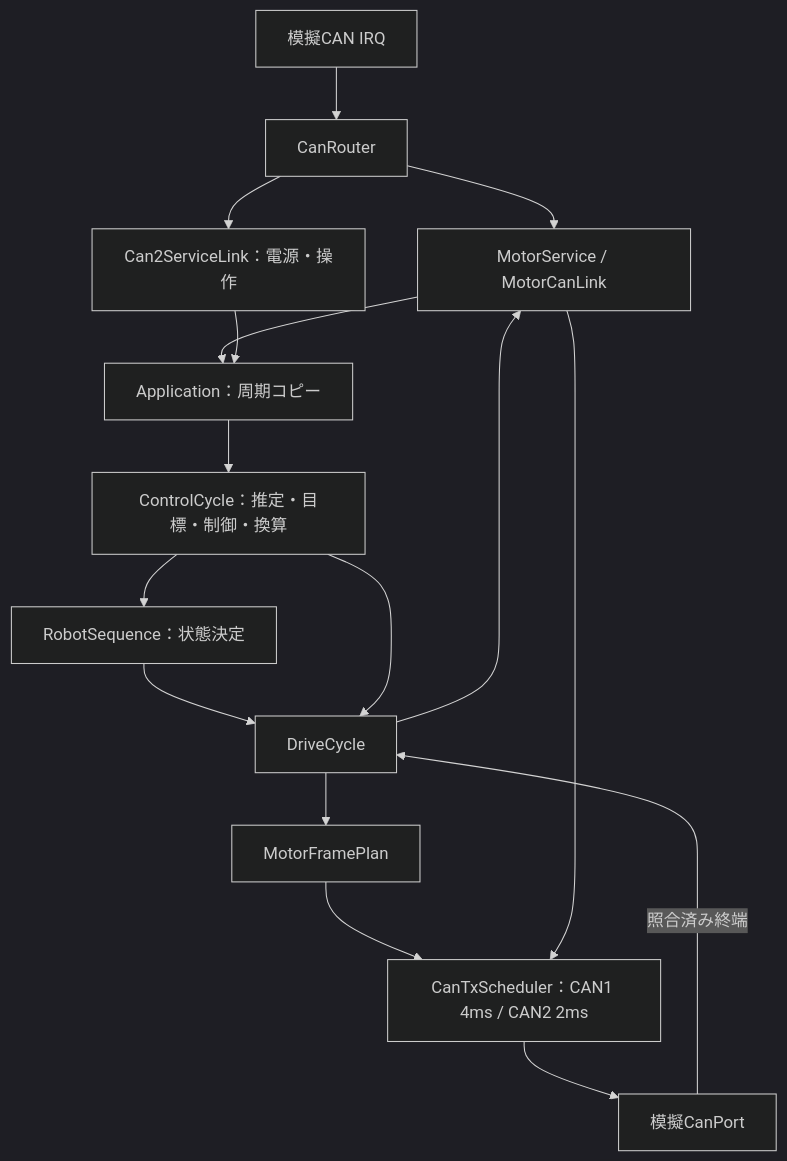
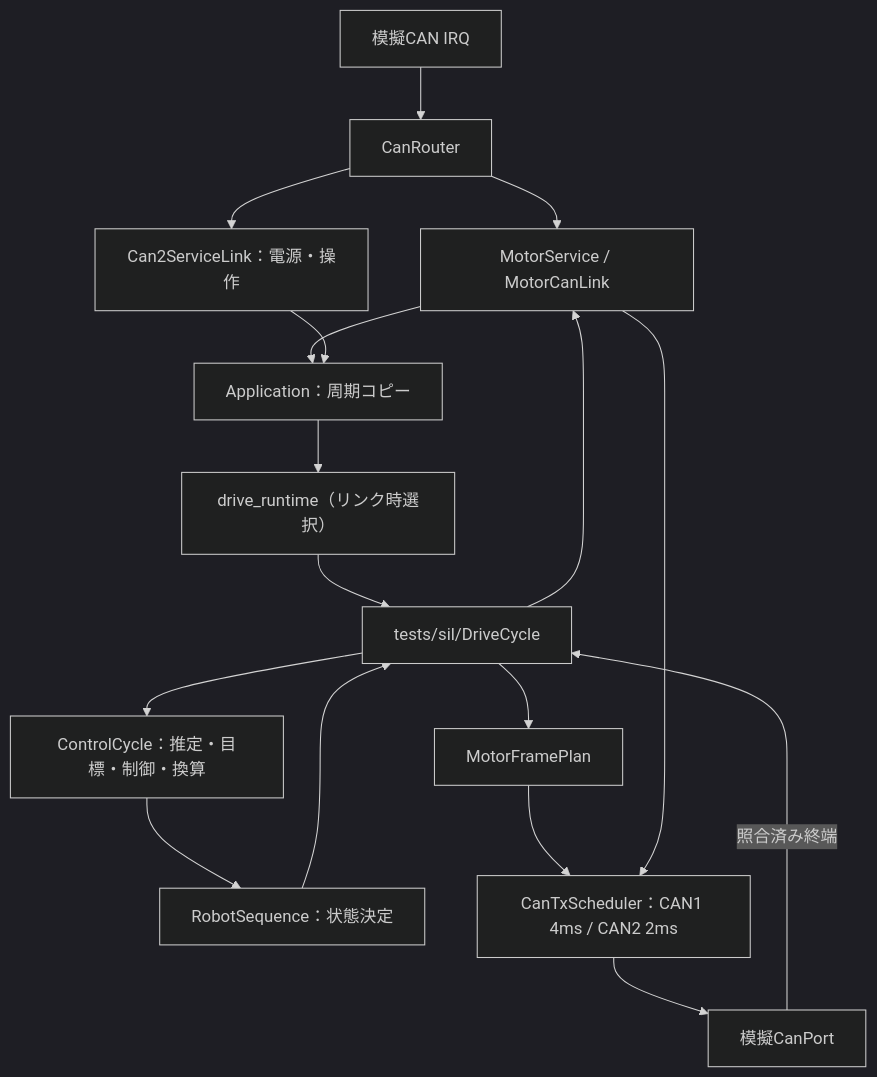
One commit to kou-pen/balancing changed diagram 28 of 28 in docs/diagrams.md. Above: the diagram before and after it, drawn with Mermaid (dark theme). The commit also changed other lines of this file and 18 other files, not shown here.

````diff
--- a/docs/diagrams.md
+++ b/docs/diagrams.md
@@ -596,18 +596,19 @@
 ```mermaid
 flowchart TD
     IRQ["模擬CAN IRQ"] --> ROUTER["CanRouter"]
     ROUTER --> MS["MotorService / MotorCanLink"]
     ROUTER --> CAN2["Can2ServiceLink：電源・操作"]
     MS --> APP["Application：周期コピー"]
     CAN2 --> APP
-    APP --> C["ControlCycle：推定・目標・制御・換算"]
+    APP --> R["drive_runtime（リンク時選択）"]
+    R --> D["tests/sil/DriveCycle"]
+    D --> C["ControlCycle：推定・目標・制御・換算"]
     C --> S["RobotSequence：状態決定"]
-    S --> D["DriveCycle"]
-    C --> D
+    S --> D
     D --> MS
     D --> P["MotorFramePlan"]
     P --> TX["CanTxScheduler：CAN1 4ms / CAN2 2ms"]
     MS --> TX
     TX --> CAN["模擬CanPort"]
     CAN -->|"照合済み終端"| D
 ```
````
